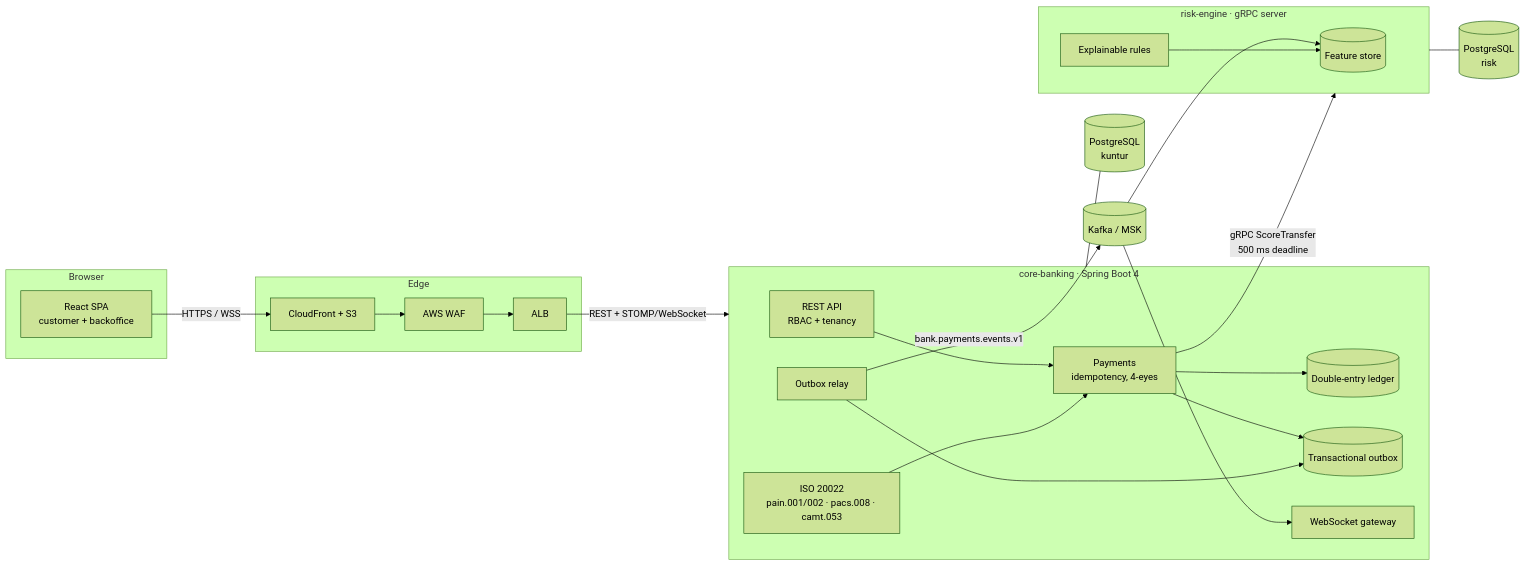
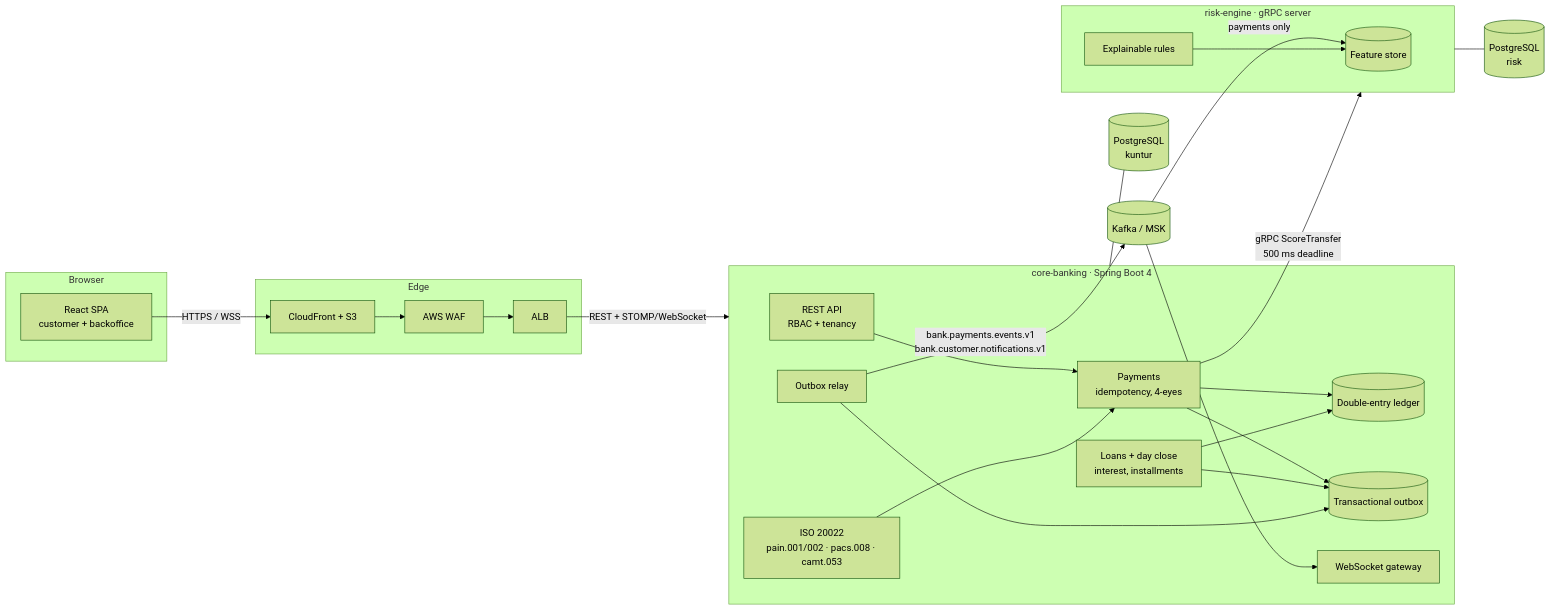
The diagram in README.md (DRTX2/bank), drawn with Mermaid (forest theme) before and after one commit. The commit also changed other lines of this file and 14 other files, not shown here.

First line of the commit message:
feat: live customer notifications for loans and interest

````diff
--- a/README.md
+++ b/README.md
@@ -41,32 +41,34 @@
 ```mermaid
 flowchart LR
   subgraph Browser
     SPA[React SPA<br/>customer + backoffice]
   end
   subgraph Edge
     CF[CloudFront + S3] --> WAF[AWS WAF] --> ALB
   end
   SPA -- HTTPS / WSS --> CF
   ALB -- REST + STOMP/WebSocket --> CORE
 
   subgraph CORE[core-banking  ·  Spring Boot 4]
     API[REST API<br/>RBAC + tenancy] --> PAY[Payments<br/>idempotency, 4-eyes]
     PAY --> LEDGER[(Double-entry ledger)]
     PAY --> OUTBOX[(Transactional outbox)]
     ISO[ISO 20022<br/>pain.001/002 · pacs.008 · camt.053] --> PAY
+    LOANS[Loans + day close<br/>interest, installments] --> LEDGER
+    LOANS --> OUTBOX
     RELAY[Outbox relay] --> OUTBOX
     WS[WebSocket gateway]
   end
 
   PAY -- gRPC ScoreTransfer<br/>500 ms deadline --> RISK
-  RELAY -- bank.payments.events.v1 --> KAFKA[(Kafka / MSK)]
+  RELAY -- bank.payments.events.v1<br/>bank.customer.notifications.v1 --> KAFKA[(Kafka / MSK)]
   KAFKA --> WS
-  KAFKA --> FEAT
+  KAFKA -- payments only --> FEAT
 
   subgraph RISK[risk-engine  ·  gRPC server]
     RULES[Explainable rules] --> FEAT[(Feature store)]
   end
 
   CORE --- PG[(PostgreSQL<br/>kuntur)]
   RISK --- PG2[(PostgreSQL<br/>risk)]
 ```
````
